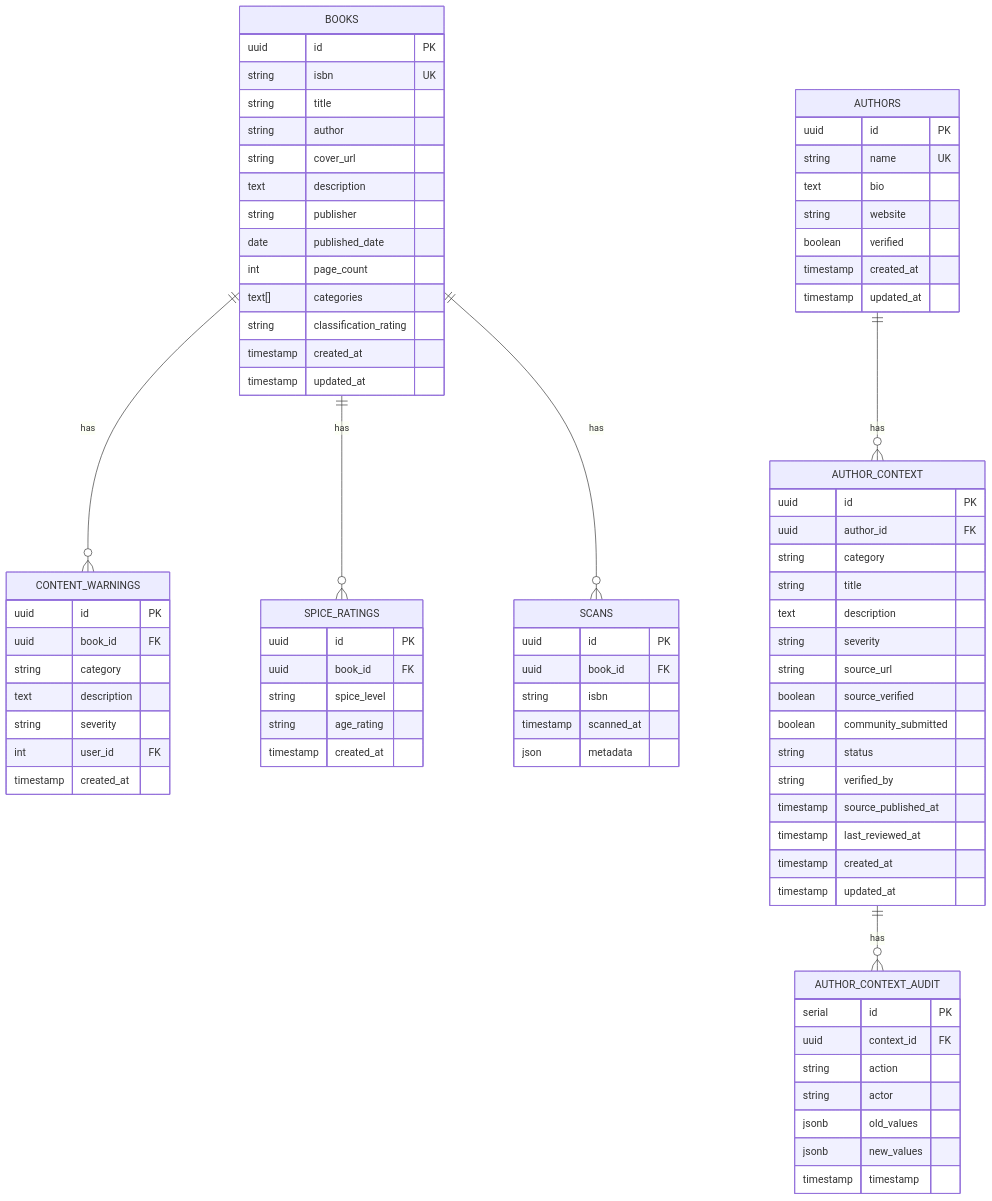
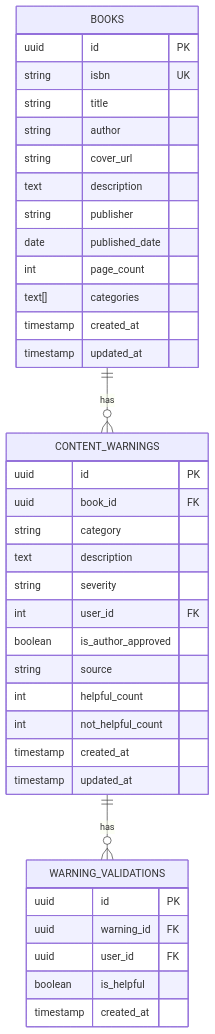
Before and after one commit to JetSetEdit/book-scanner-app: the fifth of 5 diagrams in CURRENT-ARCHITECTURE.md, drawn with Mermaid. The commit also changed other lines of this file and 3 other files, not shown here.

First line of the commit message:
Remove spice ratings functionality - not implemented

````diff
--- a/CURRENT-ARCHITECTURE.md
+++ b/CURRENT-ARCHITECTURE.md
@@ -233,7 +168,6 @@
         date published_date
         int page_count
         text[] categories
-        string classification_rating
         timestamp created_at
         timestamp updated_at
     }
@@ -245,66 +179,22 @@
         text description
         string severity
         int user_id FK
-        timestamp created_at
-    }
-
-    SPICE_RATINGS {
-        uuid id PK
-        uuid book_id FK
-        string spice_level
-        string age_rating
-        timestamp created_at
-    }
-
-    SCANS {
-        uuid id PK
-        uuid book_id FK
-        string isbn
-        timestamp scanned_at
-        json metadata
-    }
-
-    AUTHORS {
-        uuid id PK
-        string name UK
-        text bio
-        string website
-        boolean verified
+        boolean is_author_approved
+        string source
+        int helpful_count
+        int not_helpful_count
         timestamp created_at
         timestamp updated_at
     }
 
-    AUTHOR_CONTEXT {
+    WARNING_VALIDATIONS {
         uuid id PK
-        uuid author_id FK
-        string category
-        string title
-        text description
-        string severity
-        string source_url
-        boolean source_verified
-        boolean community_submitted
-        string status
-        string verified_by
-        timestamp source_published_at
-        timestamp last_reviewed_at
+        uuid warning_id FK
+        uuid user_id FK
+        boolean is_helpful
         timestamp created_at
-        timestamp updated_at
-    }
-
-    AUTHOR_CONTEXT_AUDIT {
-        serial id PK
-        uuid context_id FK
-        string action
-        string actor
-        jsonb old_values
-        jsonb new_values
-        timestamp timestamp
     }
 
     BOOKS ||--o{ CONTENT_WARNINGS : has
-    BOOKS ||--o{ SPICE_RATINGS : has
-    BOOKS ||--o{ SCANS : has
-    AUTHORS ||--o{ AUTHOR_CONTEXT : has
-    AUTHOR_CONTEXT ||--o{ AUTHOR_CONTEXT_AUDIT : has
+    CONTENT_WARNINGS ||--o{ WARNING_VALIDATIONS : has
 ```
````
